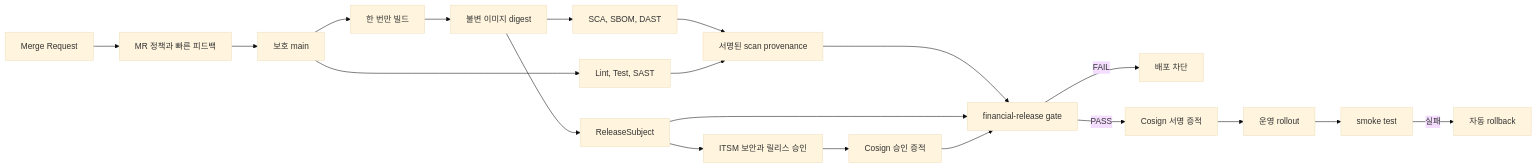
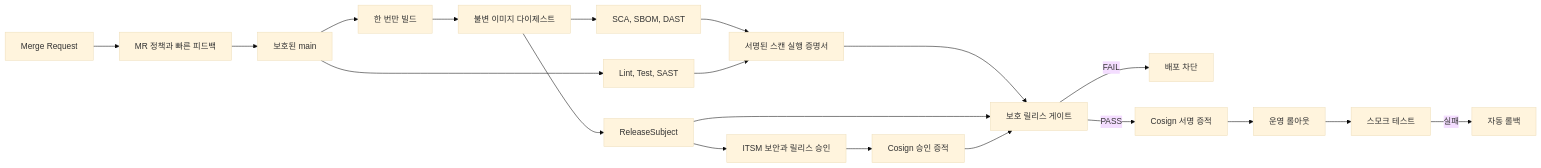
The diagram in README.md (kwakhyun/finguard-devsecops), drawn with Mermaid (base theme) before and after one commit. The commit also changed other lines of this file and 23 other files, not shown here.

````diff
--- a/README.md
+++ b/README.md
@@ -57,19 +57,19 @@
 ```mermaid
 flowchart LR
     A[Merge Request] --> B[MR 정책과 빠른 피드백]
-    B --> C[보호 main]
+    B --> C[보호된 main]
     C --> D[한 번만 빌드]
-    D --> E[불변 이미지 digest]
+    D --> E[불변 이미지 다이제스트]
     E --> F[SCA, SBOM, DAST]
     C --> G[Lint, Test, SAST]
-    F & G --> H[서명된 scan provenance]
+    F & G --> H[서명된 스캔 실행 증명서]
     E --> I[ReleaseSubject]
     I --> J[ITSM 보안과 릴리스 승인]
     J --> K[Cosign 승인 증적]
-    H & I & K --> L[financial-release gate]
+    H & I & K --> L[보호 릴리스 게이트]
     L -->|FAIL| M[배포 차단]
     L -->|PASS| N[Cosign 서명 증적]
-    N --> O[운영 rollout]
-    O --> P[smoke test]
-    P -->|실패| Q[자동 rollback]
+    N --> O[운영 롤아웃]
+    O --> P[스모크 테스트]
+    P -->|실패| Q[자동 롤백]
 ```
````
